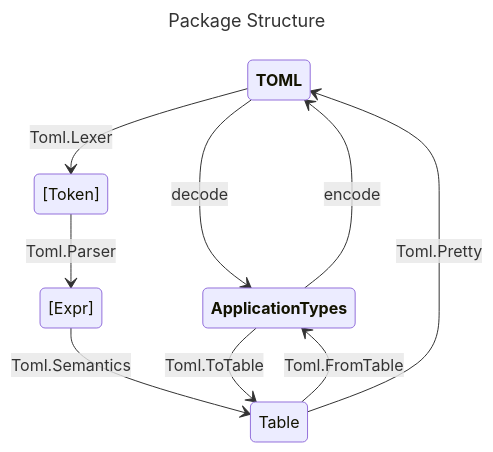
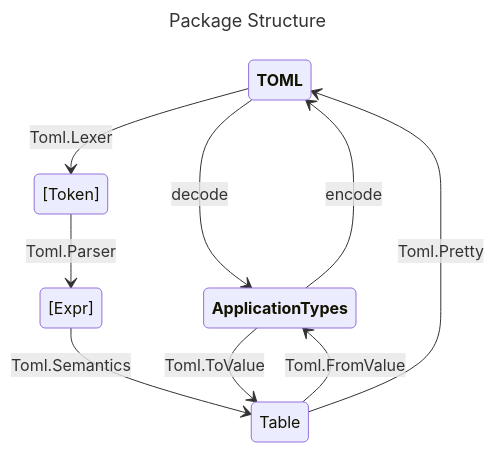
One commit to glguy/toml-parser changed the diagram in README.md. Above: the diagram before and after it, drawn with Mermaid. The commit also changed other lines of this file and 10 other files, not shown here.

````diff
--- a/README.md
+++ b/README.md
@@ -12,17 +12,17 @@
 ```mermaid
 ---
 title: Package Structure
 ---
 stateDiagram-v2
     classDef important font-weight:bold;
 
     TOML:::important --> ApplicationTypes:::important : decode
     ApplicationTypes --> TOML : encode
     TOML --> [Token]: Toml.Lexer
     [Token] --> [Expr]: Toml.Parser
     [Expr] --> Table : Toml.Semantics
-    Table --> ApplicationTypes : Toml.FromTable
-    ApplicationTypes --> Table : Toml.ToTable
+    Table --> ApplicationTypes : Toml.FromValue
+    ApplicationTypes --> Table : Toml.ToValue
     Table --> TOML : Toml.Pretty
 
 ```
````
